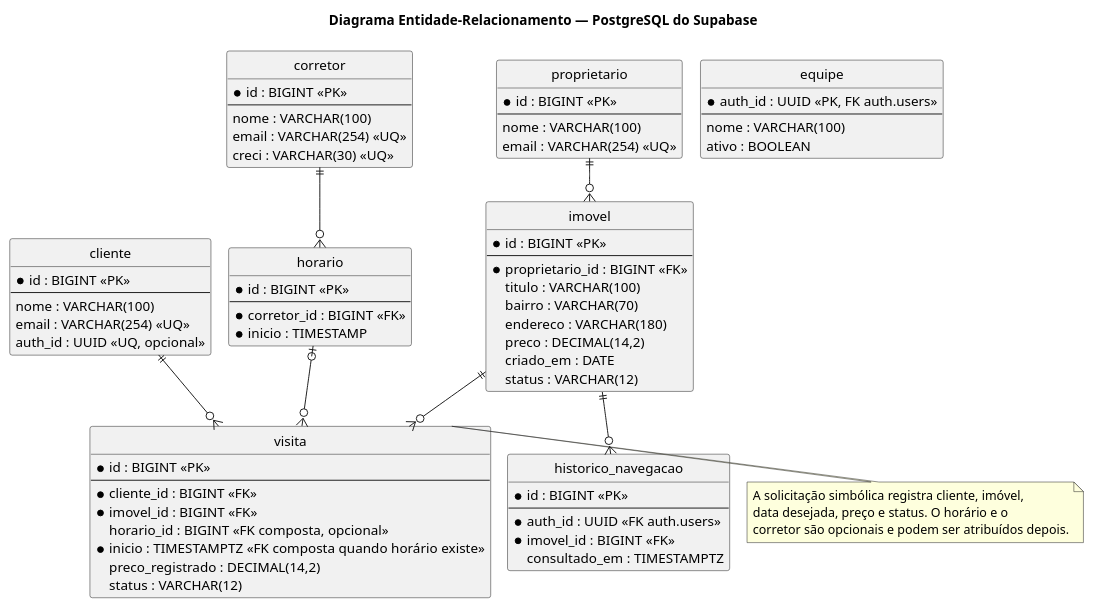
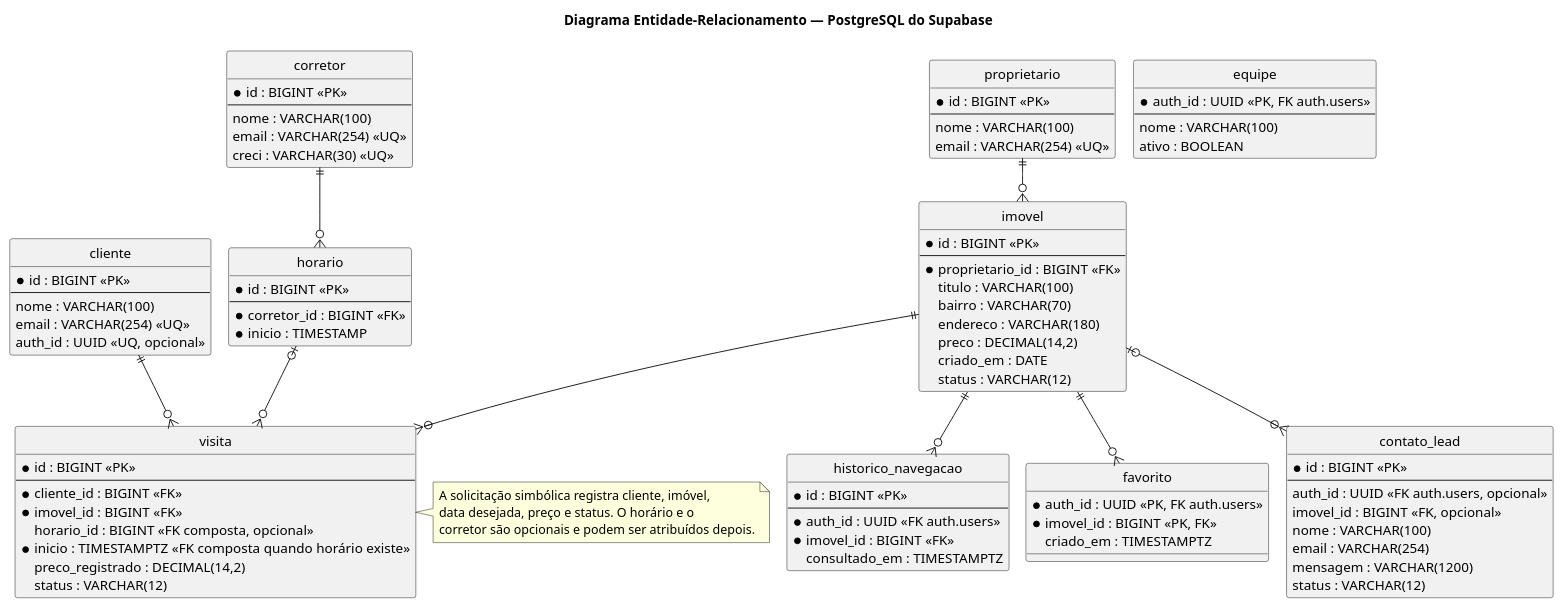
The diagram in docs/der.puml (gustavoximenes/sistema-gerenciamento-imobiliaria), drawn with PlantUML before and after one commit. The commit also changed 13 other files, not shown here.

```diff
--- a/docs/der.puml
+++ b/docs/der.puml
@@ -1,78 +1,95 @@
 @startuml
 !pragma layout smetana
 skinparam shadowing false
 hide circle
 title Diagrama Entidade-Relacionamento — PostgreSQL do Supabase
 
 entity cliente {
   * id : BIGINT <<PK>>
   --
   nome : VARCHAR(100)
   email : VARCHAR(254) <<UQ>>
   auth_id : UUID <<UQ, opcional>>
 }
 entity corretor {
   * id : BIGINT <<PK>>
   --
   nome : VARCHAR(100)
   email : VARCHAR(254) <<UQ>>
   creci : VARCHAR(30) <<UQ>>
 }
 entity proprietario {
   * id : BIGINT <<PK>>
   --
   nome : VARCHAR(100)
   email : VARCHAR(254) <<UQ>>
 }
 entity imovel {
   * id : BIGINT <<PK>>
   --
   * proprietario_id : BIGINT <<FK>>
   titulo : VARCHAR(100)
   bairro : VARCHAR(70)
   endereco : VARCHAR(180)
   preco : DECIMAL(14,2)
   criado_em : DATE
   status : VARCHAR(12)
 }
 entity horario {
   * id : BIGINT <<PK>>
   --
   * corretor_id : BIGINT <<FK>>
   * inicio : TIMESTAMP
 }
 entity visita {
   * id : BIGINT <<PK>>
   --
   * cliente_id : BIGINT <<FK>>
   * imovel_id : BIGINT <<FK>>
   horario_id : BIGINT <<FK composta, opcional>>
   * inicio : TIMESTAMPTZ <<FK composta quando horário existe>>
   preco_registrado : DECIMAL(14,2)
   status : VARCHAR(12)
 }
 entity equipe {
   * auth_id : UUID <<PK, FK auth.users>>
   --
   nome : VARCHAR(100)
   ativo : BOOLEAN
 }
 entity historico_navegacao {
   * id : BIGINT <<PK>>
   --
   * auth_id : UUID <<FK auth.users>>
   * imovel_id : BIGINT <<FK>>
   consultado_em : TIMESTAMPTZ
 }
+entity favorito {
+  * auth_id : UUID <<PK, FK auth.users>>
+  * imovel_id : BIGINT <<PK, FK>>
+  criado_em : TIMESTAMPTZ
+}
+entity contato_lead {
+  * id : BIGINT <<PK>>
+  --
+  auth_id : UUID <<FK auth.users, opcional>>
+  imovel_id : BIGINT <<FK, opcional>>
+  nome : VARCHAR(100)
+  email : VARCHAR(254)
+  mensagem : VARCHAR(1200)
+  status : VARCHAR(12)
+}
 proprietario ||--o{ imovel
 corretor ||--o{ horario
 cliente ||--o{ visita
 imovel ||--o{ visita
 horario |o--o{ visita
 imovel ||--o{ historico_navegacao
+imovel ||--o{ favorito
+imovel |o--o{ contato_lead
 note right of visita
   A solicitação simbólica registra cliente, imóvel,
   data desejada, preço e status. O horário e o
   corretor são opcionais e podem ser atribuídos depois.
 end note
 @enduml
```
